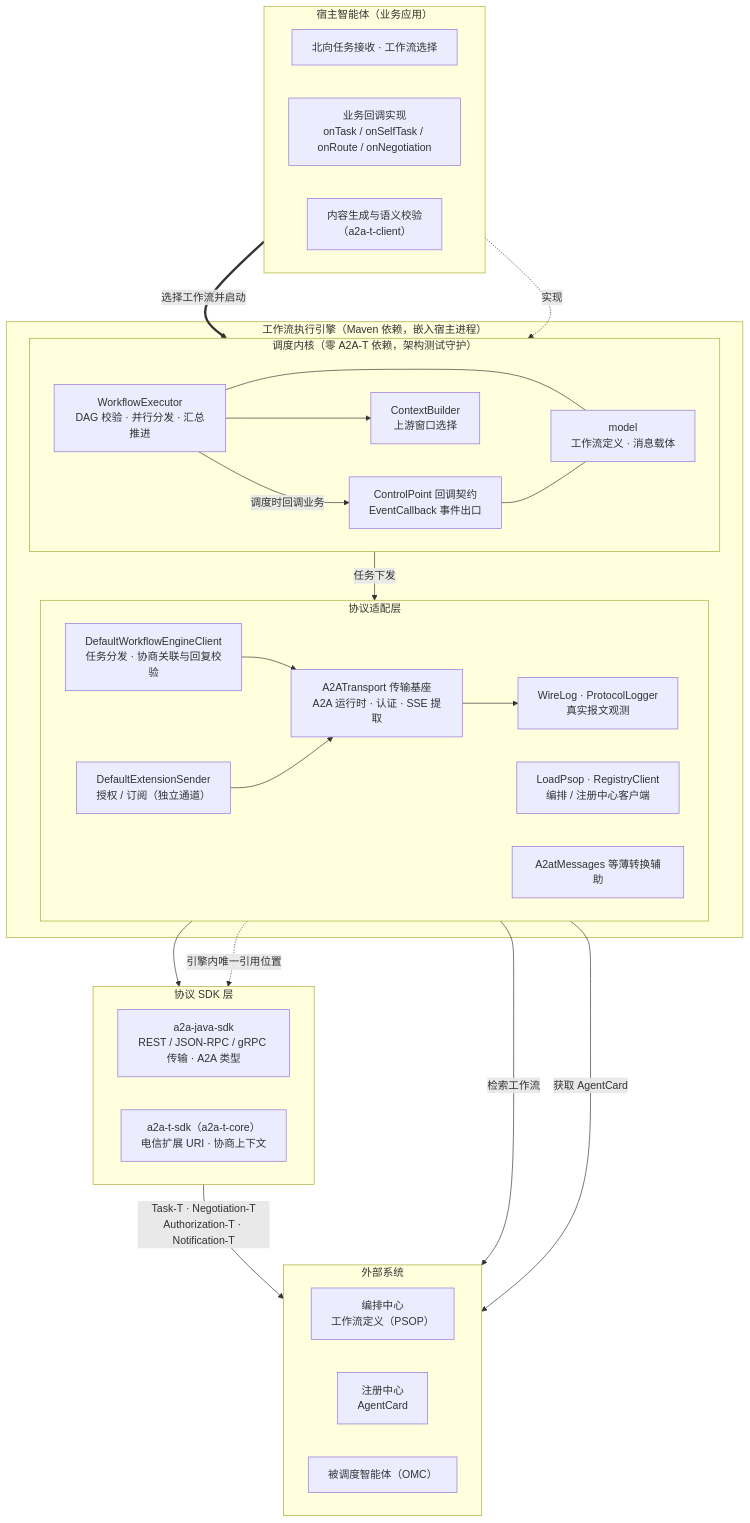
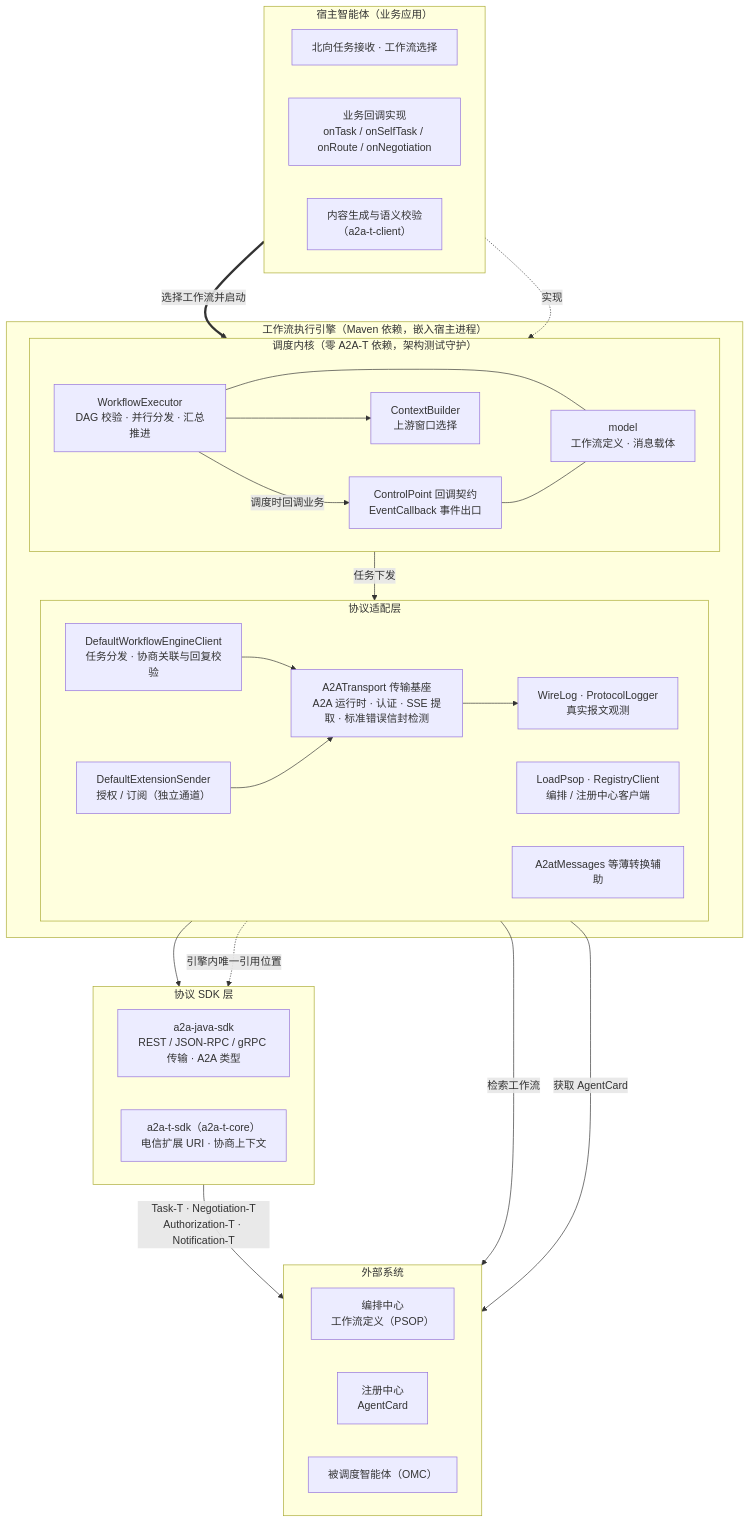
The third of 5 diagrams in docs/zh/DESIGN.md (Zhoujie628/workflow-engine-sdk-java), drawn with Mermaid before and after one commit. The commit also changed other lines of this file and 1 other file, not shown here.

````diff
--- a/docs/zh/DESIGN.md
+++ b/docs/zh/DESIGN.md
@@ -120,57 +120,57 @@
 ```mermaid
 flowchart TB
     subgraph HOST["宿主智能体（业务应用）"]
         direction LR
         WB["北向任务接收 · 工作流选择"]
         BIZ["业务回调实现<br/>onTask / onSelfTask / onRoute / onNegotiation"]
         GEN["内容生成与语义校验<br/>（a2a-t-client）"]
     end
 
     subgraph ENGINE["工作流执行引擎（Maven 依赖，嵌入宿主进程）"]
         subgraph KERNEL["调度内核（零 A2A-T 依赖，架构测试守护）"]
             direction LR
             EXE["WorkflowExecutor<br/>DAG 校验 · 并行分发 · 汇总推进"]
             CTXB["ContextBuilder<br/>上游窗口选择"]
             CP["ControlPoint 回调契约<br/>EventCallback 事件出口"]
             MODEL["model<br/>工作流定义 · 消息载体"]
         end
         subgraph ADAPTER["协议适配层"]
             direction LR
             WEC["DefaultWorkflowEngineClient<br/>任务分发 · 协商关联与回复校验"]
             EXT["DefaultExtensionSender<br/>授权 / 订阅（独立通道）"]
-            TRANS["A2ATransport 传输基座<br/>A2A 运行时 · 认证 · SSE 提取"]
+            TRANS["A2ATransport 传输基座<br/>A2A 运行时 · 认证 · SSE 提取 · 标准错误信封检测"]
             OBSV["WireLog · ProtocolLogger<br/>真实报文观测"]
             REGC["LoadPsop · RegistryClient<br/>编排 / 注册中心客户端"]
             MSG["A2atMessages 等薄转换辅助"]
         end
     end
 
     subgraph SDK["协议 SDK 层"]
         direction LR
         A2AJ["a2a-java-sdk<br/>REST / JSON-RPC / gRPC 传输 · A2A 类型"]
         A2ATC["a2a-t-sdk（a2a-t-core）<br/>电信扩展 URI · 协商上下文"]
     end
 
     subgraph SYS["外部系统"]
         direction LR
         ORCH["编排中心<br/>工作流定义（PSOP）"]
         REGT["注册中心<br/>AgentCard"]
         OMC["被调度智能体（OMC）"]
     end
 
     WB ==>|"选择工作流并启动"| EXE
     BIZ -.->|"实现"| CP
     EXE -->|"调度时回调业务"| CP
     EXE --- MODEL
     CP --- MODEL
     EXE --> CTXB
     EXE -->|"任务下发"| WEC
     WEC --> TRANS
     EXT --> TRANS
     TRANS --> OBSV
     TRANS --> A2AJ
     MSG -.->|"引擎内唯一引用位置"| A2ATC
     A2AJ -->|"Task-T · Negotiation-T<br/>Authorization-T · Notification-T"| OMC
     REGC -->|"检索工作流"| ORCH
     REGC -->|"获取 AgentCard"| REGT
 ```
````
